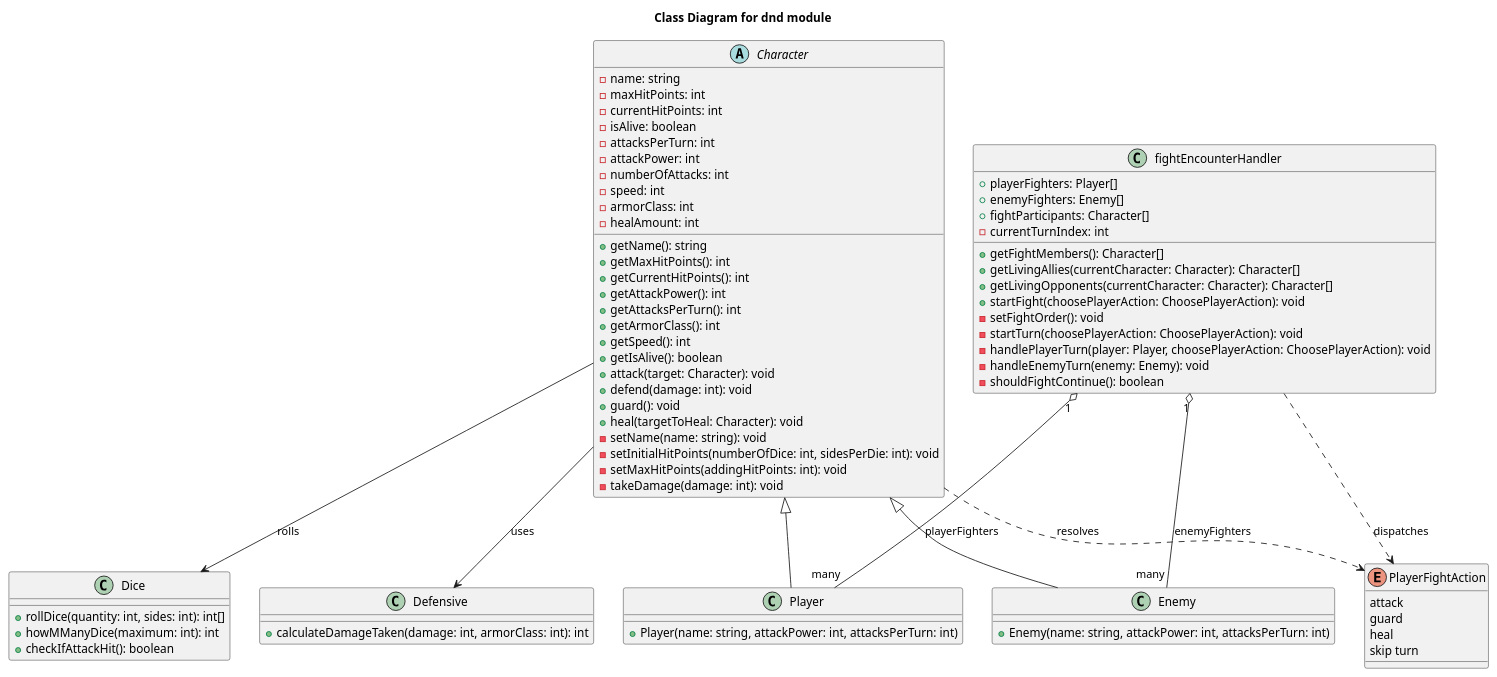
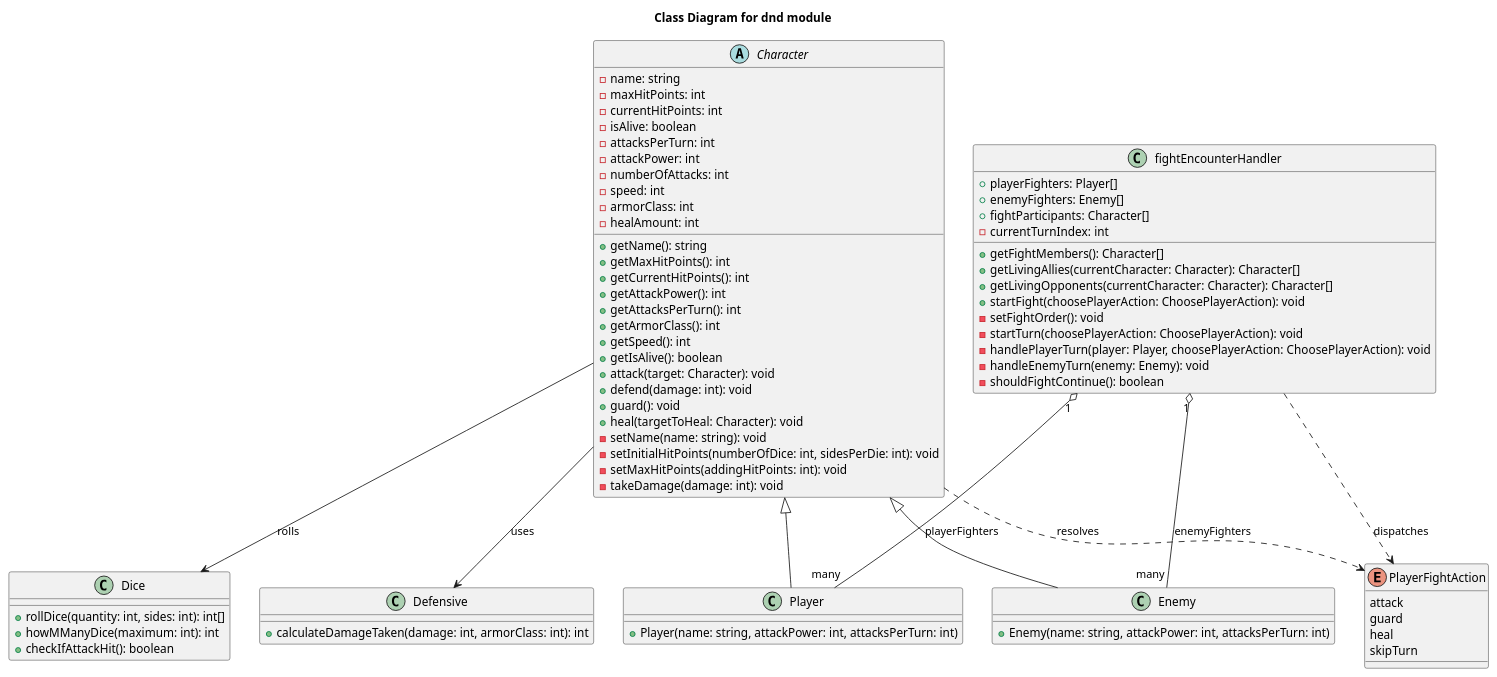
Before and after one commit to MrNegnar/DnDModule: the diagram in diagrams/classDiagram.puml, drawn with PlantUML. The commit also changed 4 other files, not shown here.

Commit message:
change all skip turn to skipTurn, but not the console.logs

```diff
--- a/diagrams/classDiagram.puml
+++ b/diagrams/classDiagram.puml
@@ -1,81 +1,81 @@
 @startuml classDiagram
 Title Class Diagram for dnd module
 
 class Dice {
   +rollDice(quantity: int, sides: int): int[]
   +howMManyDice(maximum: int): int
   +checkIfAttackHit(): boolean
 }
 
 class Defensive {
   +calculateDamageTaken(damage: int, armorClass: int): int
 }
 
 abstract class Character {
   -name: string
   -maxHitPoints: int
   -currentHitPoints: int
   -isAlive: boolean
   -attacksPerTurn: int
   -attackPower: int
   -numberOfAttacks: int
   -speed: int
   -armorClass: int
   -healAmount: int
   +getName(): string
   +getMaxHitPoints(): int
   +getCurrentHitPoints(): int
   +getAttackPower(): int
   +getAttacksPerTurn(): int
   +getArmorClass(): int
   +getSpeed(): int
   +getIsAlive(): boolean
   +attack(target: Character): void
   +defend(damage: int): void
   +guard(): void
   +heal(targetToHeal: Character): void
   -setName(name: string): void
   -setInitialHitPoints(numberOfDice: int, sidesPerDie: int): void
   -setMaxHitPoints(addingHitPoints: int): void
   -takeDamage(damage: int): void
 }
 
 class Player extends Character {
   +Player(name: string, attackPower: int, attacksPerTurn: int)
 }
 
 class Enemy extends Character {
   +Enemy(name: string, attackPower: int, attacksPerTurn: int)
 }
 
 enum PlayerFightAction {
   attack
   guard
   heal
-  skip turn
+  skipTurn
 }
 
 class fightEncounterHandler {
   +playerFighters: Player[]
   +enemyFighters: Enemy[]
   +fightParticipants: Character[]
   -currentTurnIndex: int
   +getFightMembers(): Character[]
   +getLivingAllies(currentCharacter: Character): Character[]
   +getLivingOpponents(currentCharacter: Character): Character[]
   +startFight(choosePlayerAction: ChoosePlayerAction): void
   -setFightOrder(): void
   -startTurn(choosePlayerAction: ChoosePlayerAction): void
   -handlePlayerTurn(player: Player, choosePlayerAction: ChoosePlayerAction): void
   -handleEnemyTurn(enemy: Enemy): void
   -shouldFightContinue(): boolean
 }
 
 Character --> Dice : rolls
 Character --> Defensive : uses
 Character ..> PlayerFightAction : resolves
 fightEncounterHandler "1" o-- "many" Player : playerFighters
 fightEncounterHandler "1" o-- "many" Enemy : enemyFighters
 fightEncounterHandler ..> PlayerFightAction : dispatches
 
 @enduml
```
